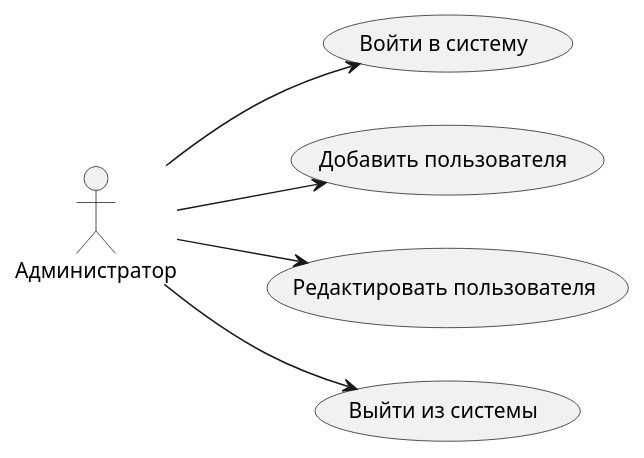
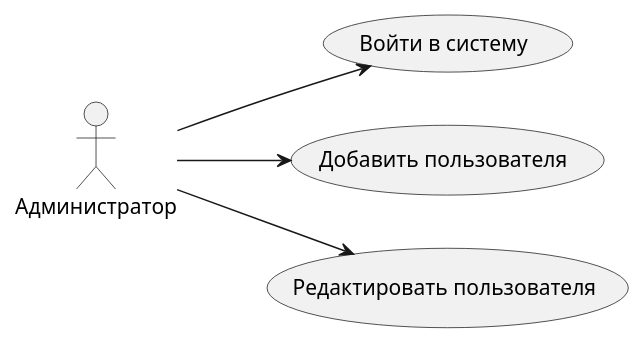
Before and after one commit to MiFit1/OSOGO: the diagram in Resource/Диаграммы вариантов использования/Admin.wsd, drawn with PlantUML. The commit also changed 48 other files, not shown here.

Commit message:
Обновлены диаграммы. Обновлена ПЗ.

```diff
--- a/Resource/Диаграммы вариантов использования/Admin.wsd
+++ b/Resource/Диаграммы вариантов использования/Admin.wsd
@@ -1,17 +1,15 @@
 @startuml
 
 left to right direction
 
 actor "Администратор" as fc
 
 usecase "Войти в систему" as UC1
 usecase "Добавить пользователя" as UC2
 usecase "Редактировать пользователя" as UC3
-usecase "Выйти из системы" as UC4
 
 fc --> UC1
-fc --> UC4
 fc --> UC2
 fc --> UC3
 
 @enduml
```
